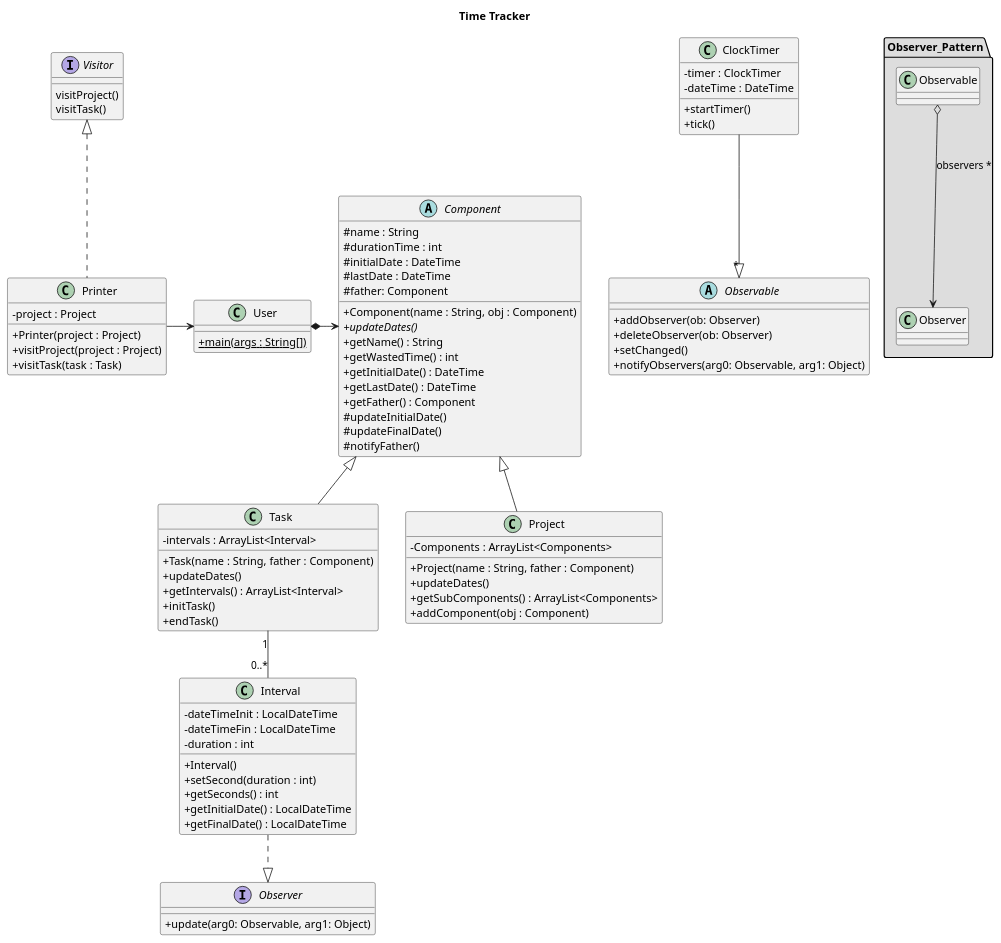
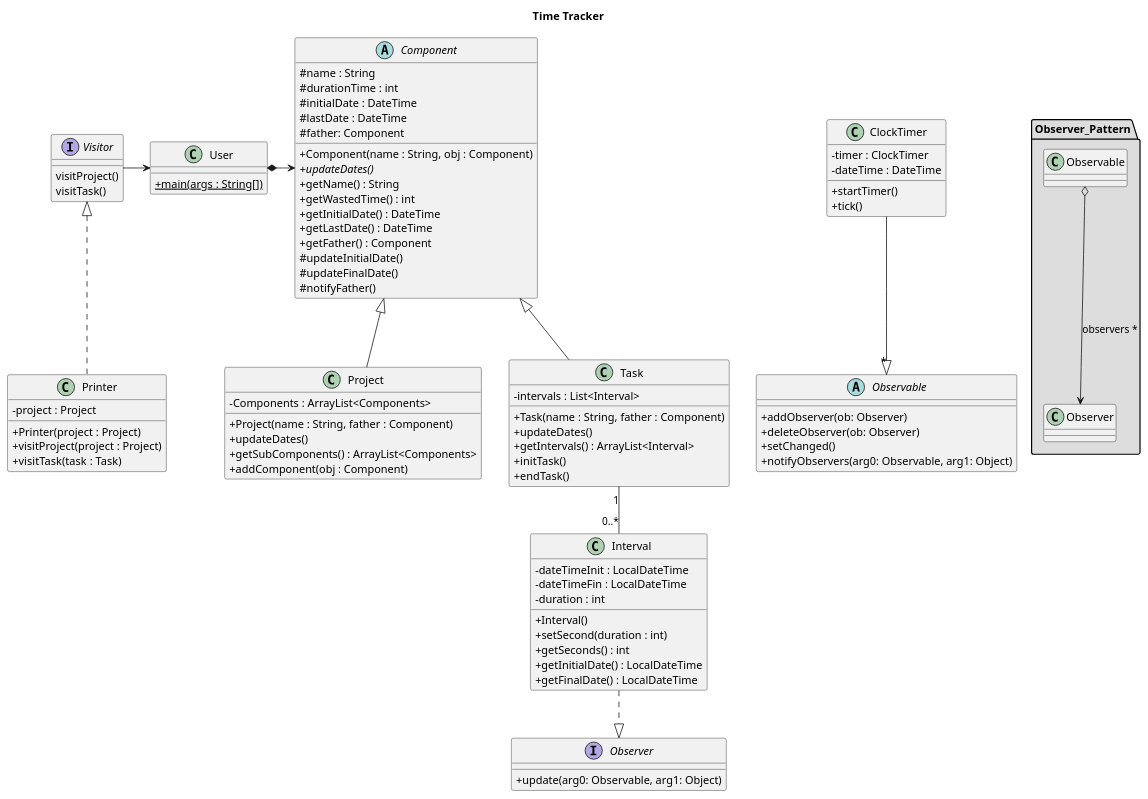
Before and after one commit to joaquimcodina/TimeTracker: the diagram in diagram/classDiagram.puml, drawn with PlantUML. The commit also changed 1 other file, not shown here.

```diff
--- a/diagram/classDiagram.puml
+++ b/diagram/classDiagram.puml
@@ -1,101 +1,101 @@
 @startuml
 skinparam classAttributeIconSize 0
 
 title "Time Tracker"
 
 class User{
 +{static} main(args : String[])
 }
 
 interface Visitor {
 visitProject()
 visitTask()
 }
 
 class Printer implements Visitor{
 - project : Project
 + Printer(project : Project)
 + visitProject(project : Project)
 + visitTask(task : Task)
 }
 
 class Task extends Component{
-- intervals : ArrayList<Interval>
+- intervals : List<Interval>
 + Task(name : String, father : Component)
 + updateDates()
 + getIntervals() : ArrayList<Interval>
 + initTask()
 + endTask()
 }
 
 class Project extends Component {
 - Components : ArrayList<Components>
 + Project(name : String, father : Component)
 + updateDates()
 + getSubComponents() : ArrayList<Components>
 + addComponent(obj : Component)
 }
 
 package "Observer_Pattern" #DDDDDD{
     Observable o--> Observer : observers *
 }
 
 abstract class Observable{
 + addObserver(ob: Observer)
 + deleteObserver(ob: Observer)
 +setChanged()
 +notifyObservers(arg0: Observable, arg1: Object)
 }
 
 interface Observer{
 +update(arg0: Observable, arg1: Object)
 }
 
 class ClockTimer{
 - timer : ClockTimer
 - dateTime : DateTime
 + startTimer()
 + tick()
 }
 
 abstract class Component{
 # name : String
 # durationTime : int
 # initialDate : DateTime
 # lastDate : DateTime
 # father: Component
 + Component(name : String, obj : Component)
 + {abstract} updateDates()
 + getName() : String
 + getWastedTime() : int
 + getInitialDate() : DateTime
 + getLastDate() : DateTime
 + getFather() : Component
 # updateInitialDate()
 # updateFinalDate()
 # notifyFather()
 }
 
 class Interval {
 - dateTimeInit : LocalDateTime
 - dateTimeFin : LocalDateTime
 - duration : int
 + Interval()
 + setSecond(duration : int)
 + getSeconds() : int
 + getInitialDate() : LocalDateTime
 + getFinalDate() : LocalDateTime
 }
 
 
 
 
 User *-right-> Component
 'Project "1"-left-"0..*" Project
-Printer -right-> User
+Visitor -right-> User
 Task "1"--"0..*" Interval
+Interval ..|> Observer
 ClockTimer --|> "*" Observable
-Interval ..|> Observer
 
 
 @enduml
```
